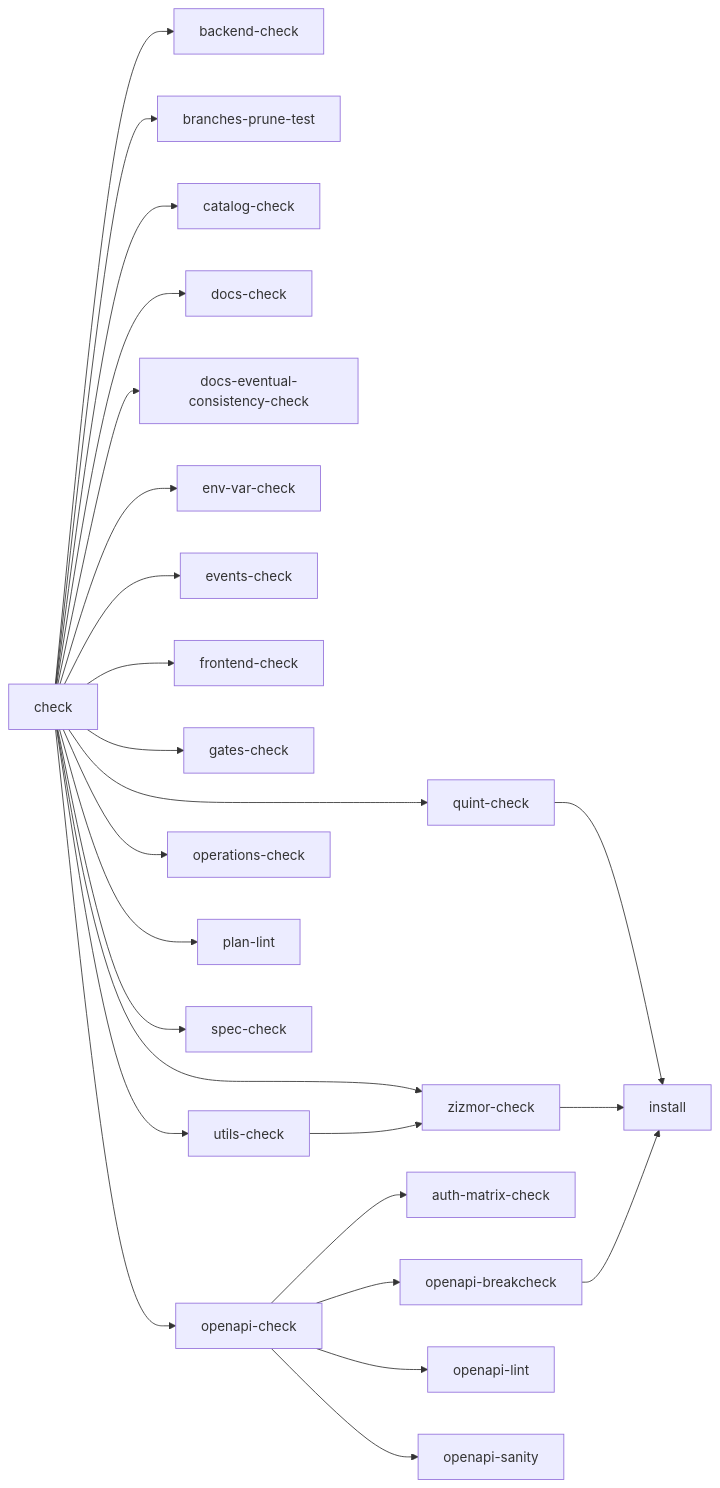
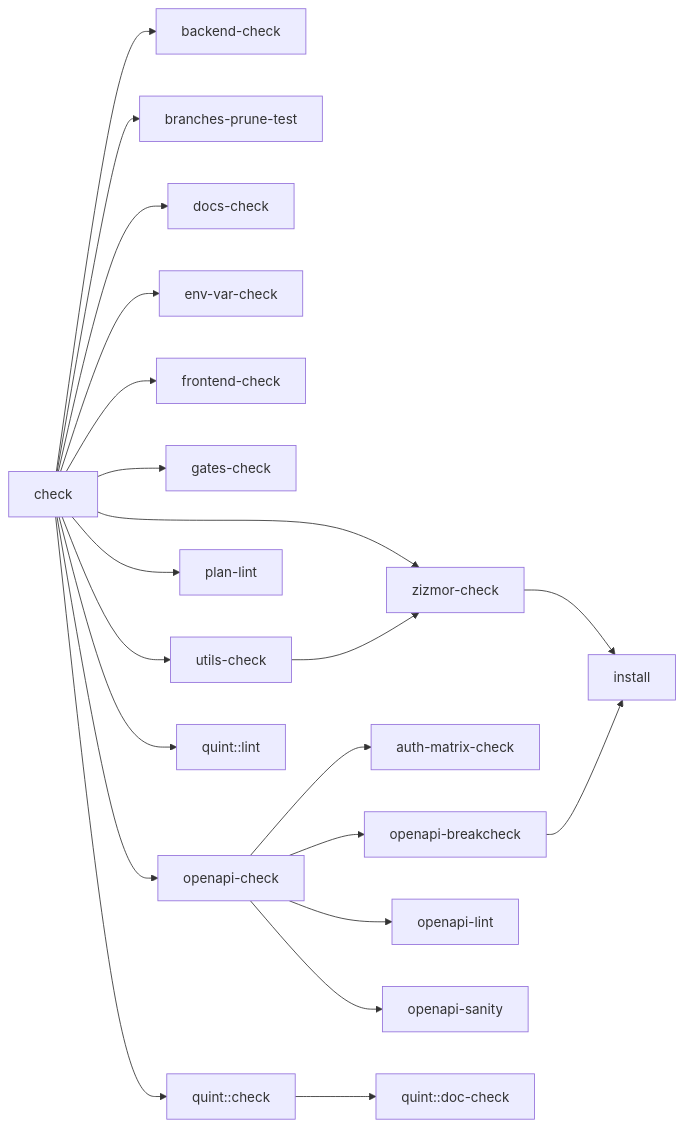
The first of 10 diagrams in docs/quality-gates.md (codesam88/picasu), drawn with Mermaid before and after one commit. The commit also changed other lines of this file and 9 other files, not shown here.

First line of the commit message:
tooling: move quint/spec recipes into a utils/quint justfile module

````diff
--- a/docs/quality-gates.md
+++ b/docs/quality-gates.md
@@ -9,27 +9,23 @@
 ```mermaid
 graph LR
   check --> backend-check
   check --> branches-prune-test
-  check --> catalog-check
   check --> docs-check
-  check --> docs-eventual-consistency-check
   check --> env-var-check
-  check --> events-check
   check --> frontend-check
   check --> gates-check
   check --> openapi-check
-  check --> operations-check
   check --> plan-lint
-  check --> quint-check
-  check --> spec-check
+  check --> quint::check
+  check --> quint::lint
   check --> utils-check
   check --> zizmor-check
   openapi-check --> auth-matrix-check
   openapi-check --> openapi-breakcheck
   openapi-check --> openapi-lint
   openapi-check --> openapi-sanity
-  quint-check --> install
+  quint::check --> quint::doc-check
   utils-check --> zizmor-check
   zizmor-check --> install
   openapi-breakcheck --> install
 ```
````
